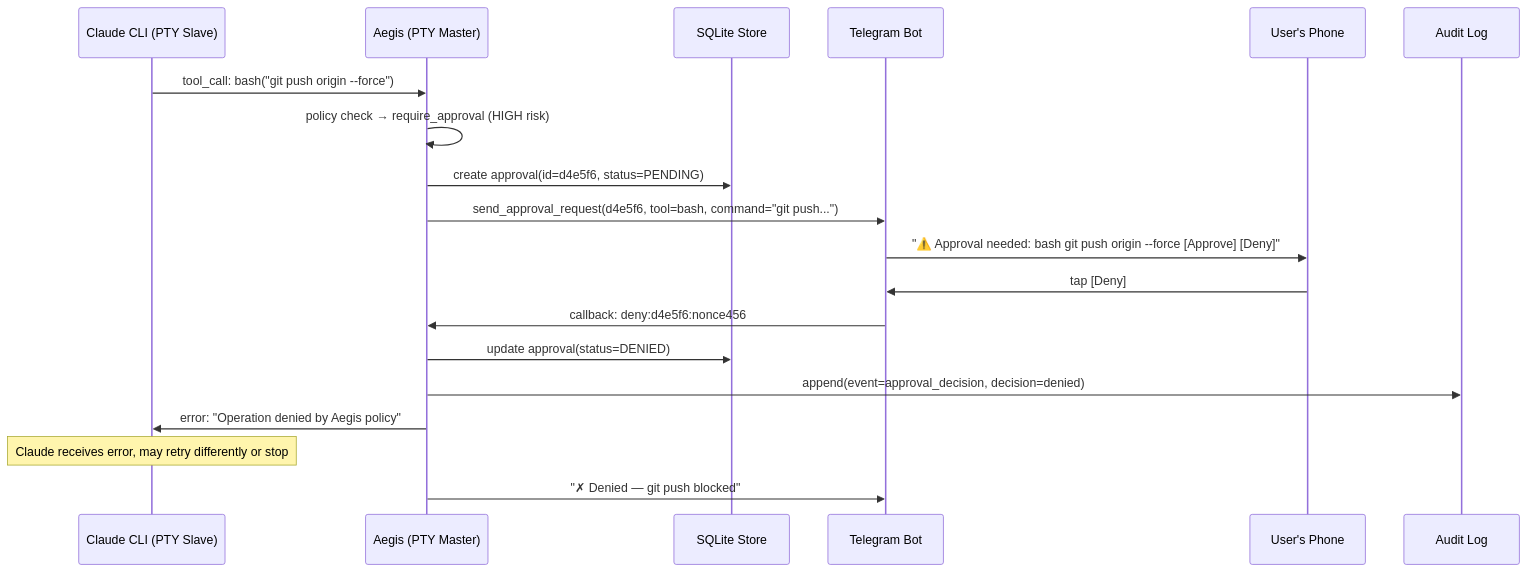
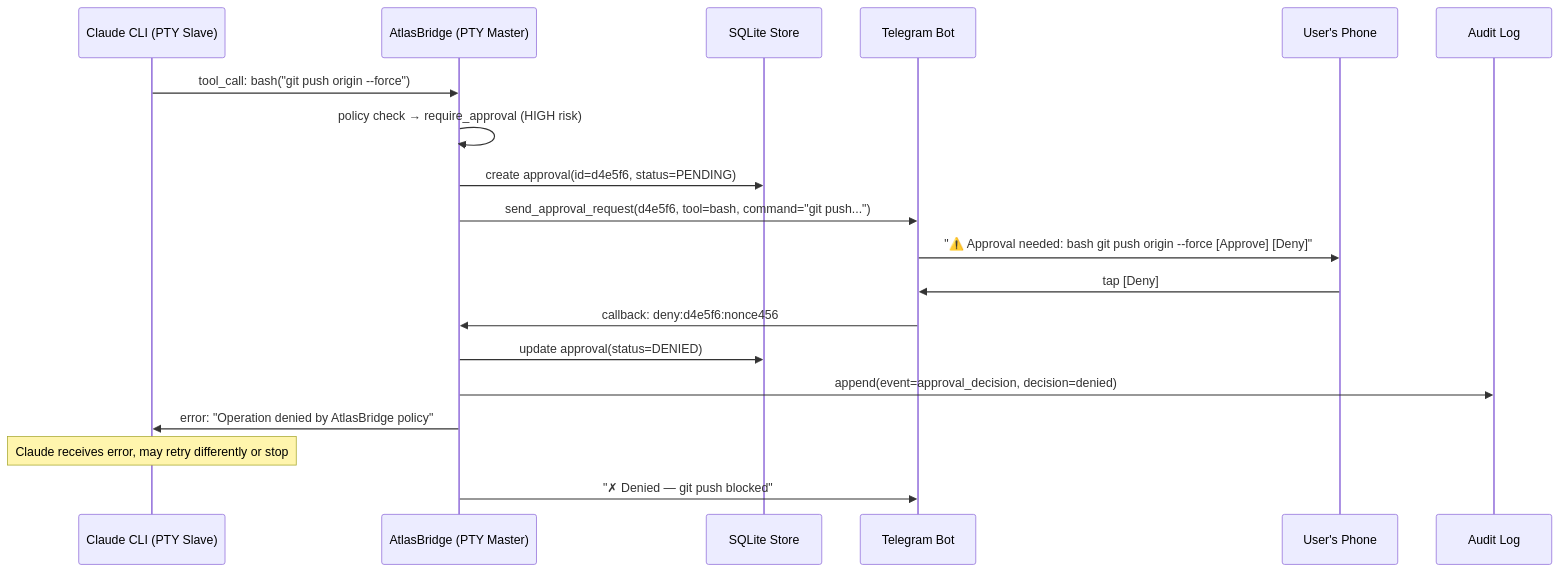
The third of 8 diagrams in docs/tool-interception-design.md (abdulraoufatia/aegis-cli), drawn with Mermaid before and after one commit. The commit also changed other lines of this file and 171 other files, not shown here.

First line of the commit message:
chore: rename project Aegis → AtlasBridge

````diff
--- a/docs/tool-interception-design.md
+++ b/docs/tool-interception-design.md
@@ -207,23 +207,23 @@
 ```mermaid
 sequenceDiagram
     participant C as Claude CLI (PTY Slave)
-    participant A as Aegis (PTY Master)
+    participant A as AtlasBridge (PTY Master)
     participant DB as SQLite Store
     participant T as Telegram Bot
     participant Ph as User's Phone
     participant AL as Audit Log
 
     C->>A: tool_call: bash("git push origin --force")
     A->>A: policy check → require_approval (HIGH risk)
     A->>DB: create approval(id=d4e5f6, status=PENDING)
     A->>T: send_approval_request(d4e5f6, tool=bash, command="git push...")
     T->>Ph: "⚠️ Approval needed: bash git push origin --force [Approve] [Deny]"
 
     Ph->>T: tap [Deny]
     T->>A: callback: deny:d4e5f6:nonce456
     A->>DB: update approval(status=DENIED)
     A->>AL: append(event=approval_decision, decision=denied)
-    A->>C: error: "Operation denied by Aegis policy"
+    A->>C: error: "Operation denied by AtlasBridge policy"
     Note over C: Claude receives error, may retry differently or stop
     A->>T: "✗ Denied — git push blocked"
 ```
````
